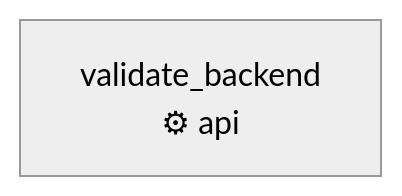
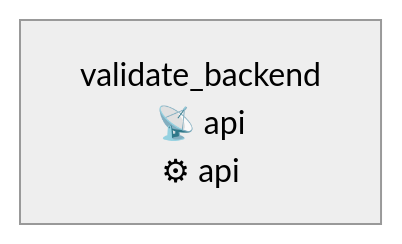
Before and after one commit to jeffersonmachado/r-agent2: the diagram in docs/diagrams/qa-waves/journey-omnichannel-omnichannel_engagement-cap_omnichannel_whatsapp.md, drawn with Mermaid (neutral theme). The commit also changed other lines of this file and 74 other files, not shown here.

First line of the commit message:
docs(qa-waves): roteiros de jornada + diagramas + status de plataforma

````diff
--- a/docs/diagrams/qa-waves/journey-omnichannel-omnichannel_engagement-cap_omnichannel_whatsapp.md
+++ b/docs/diagrams/qa-waves/journey-omnichannel-omnichannel_engagement-cap_omnichannel_whatsapp.md
@@ -5,5 +5,5 @@
 ```mermaid
 flowchart LR
-    step_cap_omnichannel_whatsapp_1["validate_backend\n⚙ api"]
+    step_cap_omnichannel_whatsapp_1["validate_backend\n📡 api\n⚙ api"]
 
 ```
````
